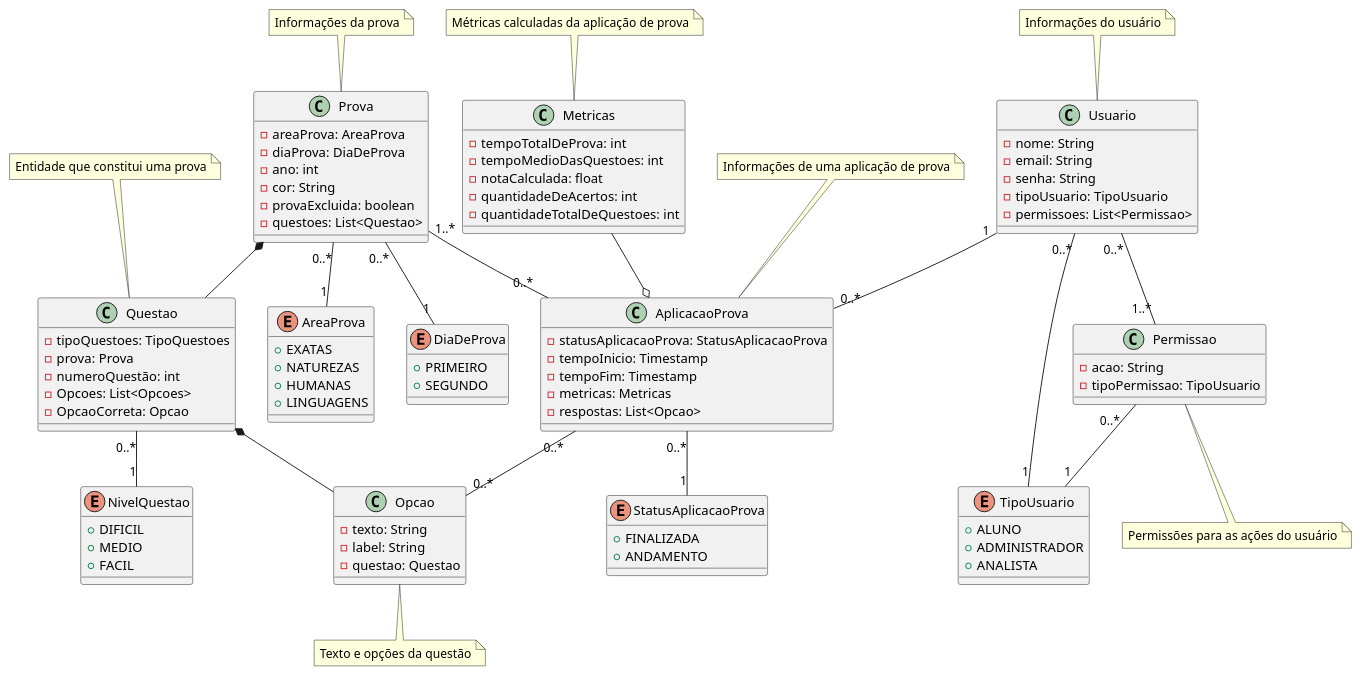
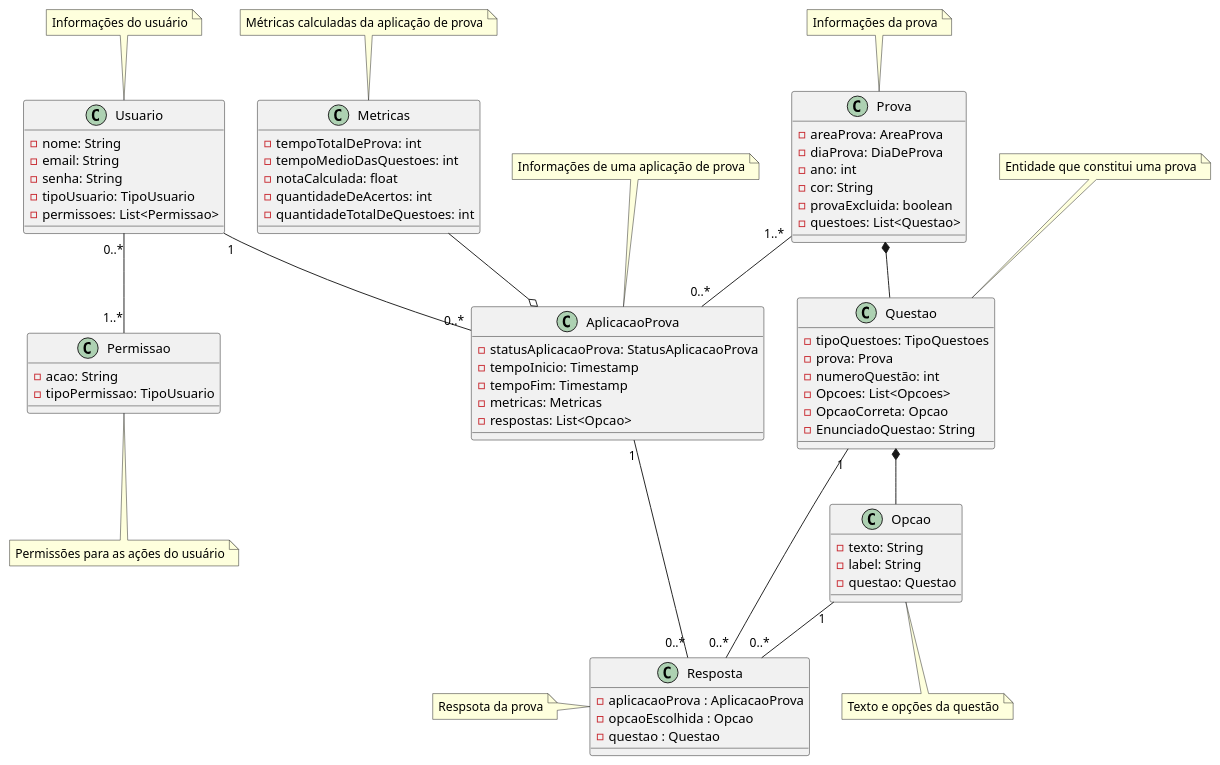
One commit to Edhet/enem-questions changed the diagram in docs/diagramaDeClasses.plantuml. Above: the diagram before and after it, drawn with PlantUML.

Commit message:
Adiciona a Classe Resposta

```diff
--- a/docs/diagramaDeClasses.plantuml
+++ b/docs/diagramaDeClasses.plantuml
@@ -1,114 +1,126 @@
 @startuml
 
 /' CLASSES E ENUMS '/
 
 class Prova{
     - areaProva: AreaProva
     - diaProva: DiaDeProva
     - ano: int
     - cor: String
     - provaExcluida: boolean
     - questoes: List<Questao>
 }
 
 class Usuario{
     - nome: String
     - email: String
     - senha: String
     - tipoUsuario: TipoUsuario
     - permissoes: List<Permissao>
 }
 
 class Questao{
     - tipoQuestoes: TipoQuestoes
     - prova: Prova
     - numeroQuestão: int
     - Opcoes: List<Opcoes>
     - OpcaoCorreta: Opcao
+    - EnunciadoQuestao: String
 }
 
 class Metricas{
     - tempoTotalDeProva: int
     - tempoMedioDasQuestoes: int
     - notaCalculada: float
     - quantidadeDeAcertos: int
     - quantidadeTotalDeQuestoes: int
 }
 
 class AplicacaoProva{
     - statusAplicacaoProva: StatusAplicacaoProva
     - tempoInicio: Timestamp
     - tempoFim: Timestamp
     - metricas: Metricas
     - respostas: List<Opcao>
 }
 
 class Permissao{
     - acao: String
     - tipoPermissao: TipoUsuario
 }
 
 class Opcao{
     - texto: String
     - label: String
     - questao: Questao
 }
+class Resposta{
+    - aplicacaoProva : AplicacaoProva
+    - opcaoEscolhida : Opcao
+    - questao : Questao
+}
+/'
 Enum AreaProva{
     + EXATAS
     + NATUREZAS
     + HUMANAS
     + LINGUAGENS
 }
 Enum NivelQuestao{
     + DIFICIL
     + MEDIO
     + FACIL
 }
 Enum TipoUsuario{
     + ALUNO
     + ADMINISTRADOR
     + ANALISTA
 }
 Enum DiaDeProva{
     + PRIMEIRO
     + SEGUNDO
 }
 Enum StatusAplicacaoProva{
     + FINALIZADA
     + ANDAMENTO
-}
+} '/
 
 /' RELAÇÕES '/
 
 Prova "1..*" -- "0..*" AplicacaoProva
 Prova  *--  Questao
 Questao *--  Opcao
-Prova "0..*"--"1" DiaDeProva
-Prova "0..*"-- "1" AreaProva
+'Prova "0..*"--"1" DiaDeProva,
+/'Prova "0..*"-- "1" AreaProva '/
 
 Usuario "1" -- "0..*" AplicacaoProva
 Usuario "0..*" -- "1..*" Permissao
-Usuario "0..*" - "1" TipoUsuario
+'Usuario "0..*" - "1" TipoUsuario'
 
 Metricas --o AplicacaoProva
 
-Questao "0..*" --"1" NivelQuestao
+/'Questao "0..*" --"1" NivelQuestao'/
 
-AplicacaoProva "0..*" -- "1" StatusAplicacaoProva
+'AplicacaoProva "0..*" -- "1" StatusAplicacaoProva'
 
-Permissao "0..*   " -- "1" TipoUsuario
+/'Permissao "0..*   " -- "1" TipoUsuario '/
 
-AplicacaoProva "0..*" -- "0..*" Opcao
+AplicacaoProva "1" -- "0..*" Resposta
+
+Opcao "1" -- "0..*" Resposta
+
+Questao "1" -- "0..*" Resposta
+
 
 
 /' NOTAS'/
 
 note bottom of Permissao: Permissões para as ações do usuário
 note top of Usuario: Informações do usuário
 note top of Questao: Entidade que constitui uma prova
 note top of Prova : Informações da prova
 note top of AplicacaoProva : Informações de uma aplicação de prova
 note top of Metricas : Métricas calculadas da aplicação de prova
 note bottom of Opcao : Texto e opções da questão
-
+note left of Resposta : Respsota da prova
 @enduml
```
